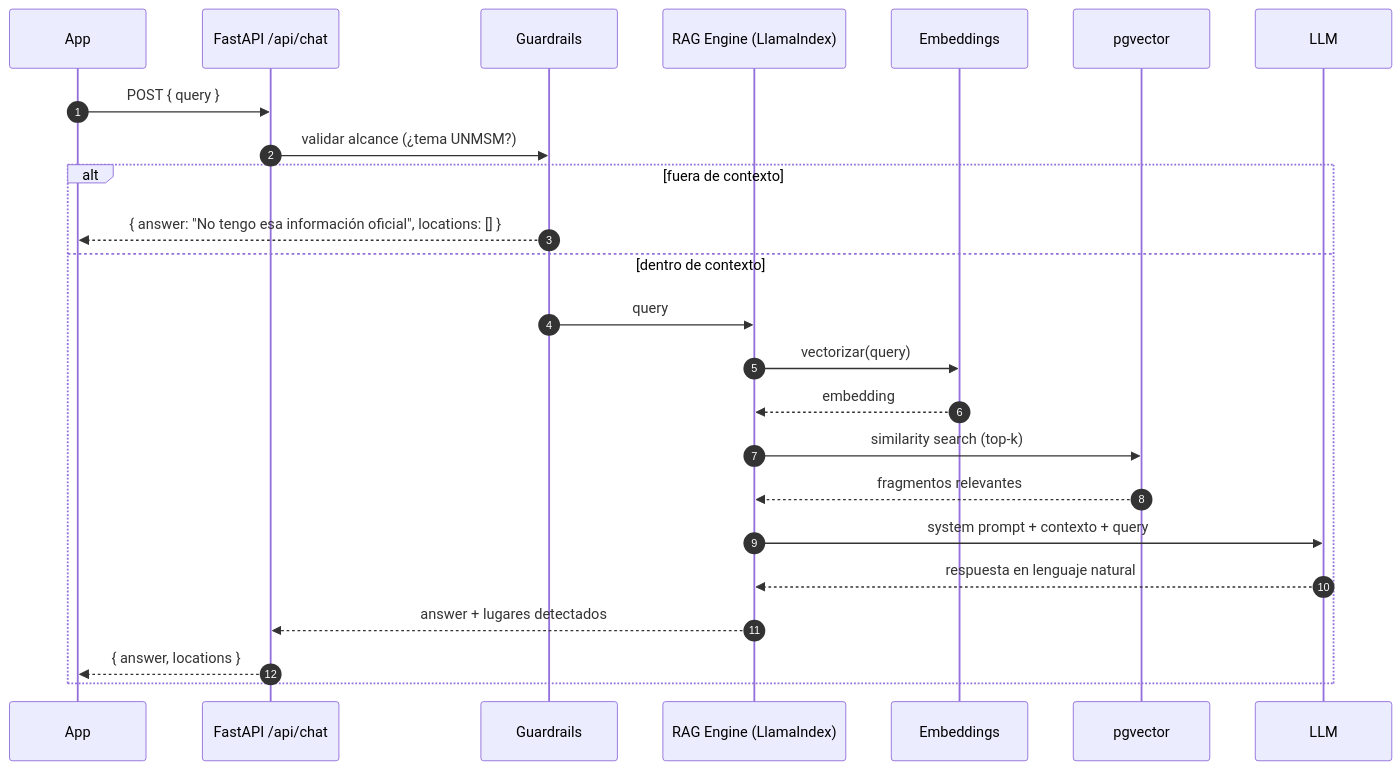
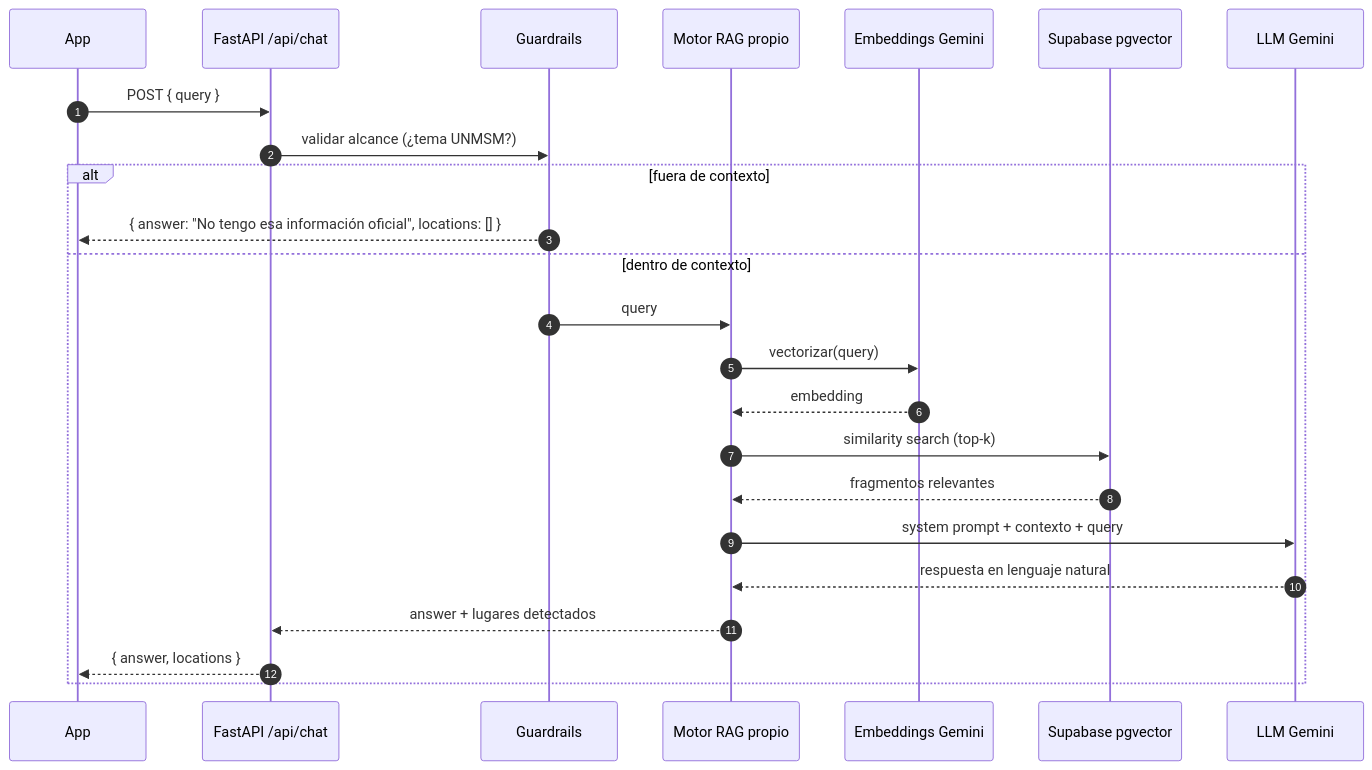
One commit to frank777ch/OndeSanMarcos changed the fourth of 6 diagrams in documents/03-backend-rag.md. Above: the diagram before and after it, drawn with Mermaid. The commit also changed other lines of this file, not shown here.

Commit message:
docs: refresh backend/RAG doc to real pipeline (Gemini + pgvector, own engine)

````diff
--- a/documents/03-backend-rag.md
+++ b/documents/03-backend-rag.md
@@ -97,27 +100,27 @@
 ```mermaid
 sequenceDiagram
     autonumber
     participant C as App
     participant API as FastAPI /api/chat
     participant G as Guardrails
-    participant E as RAG Engine (LlamaIndex)
-    participant EMB as Embeddings
-    participant V as pgvector
-    participant L as LLM
+    participant E as Motor RAG propio
+    participant EMB as Embeddings Gemini
+    participant V as Supabase pgvector
+    participant L as LLM Gemini
 
     C->>API: POST { query }
     API->>G: validar alcance (¿tema UNMSM?)
     alt fuera de contexto
         G-->>C: { answer: "No tengo esa información oficial", locations: [] }
     else dentro de contexto
         G->>E: query
         E->>EMB: vectorizar(query)
         EMB-->>E: embedding
         E->>V: similarity search (top-k)
         V-->>E: fragmentos relevantes
         E->>L: system prompt + contexto + query
         L-->>E: respuesta en lenguaje natural
         E-->>API: answer + lugares detectados
         API-->>C: { answer, locations }
     end
 ```
````
